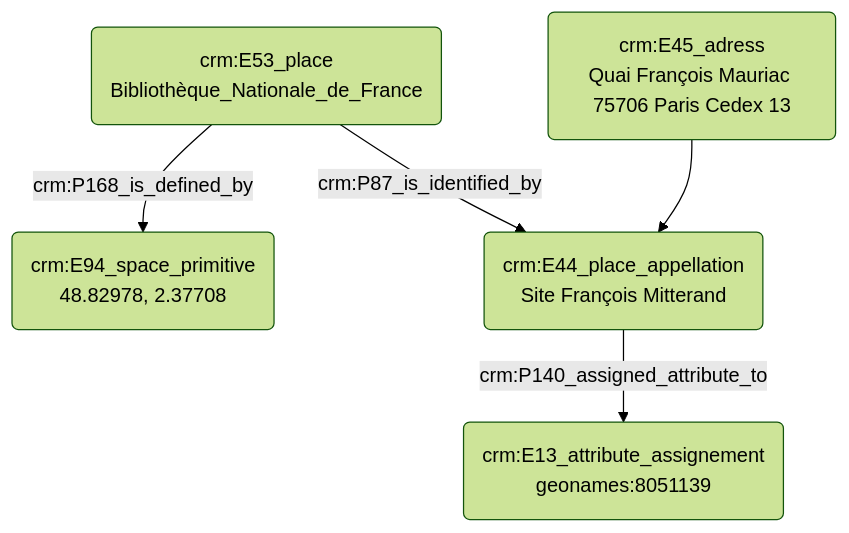
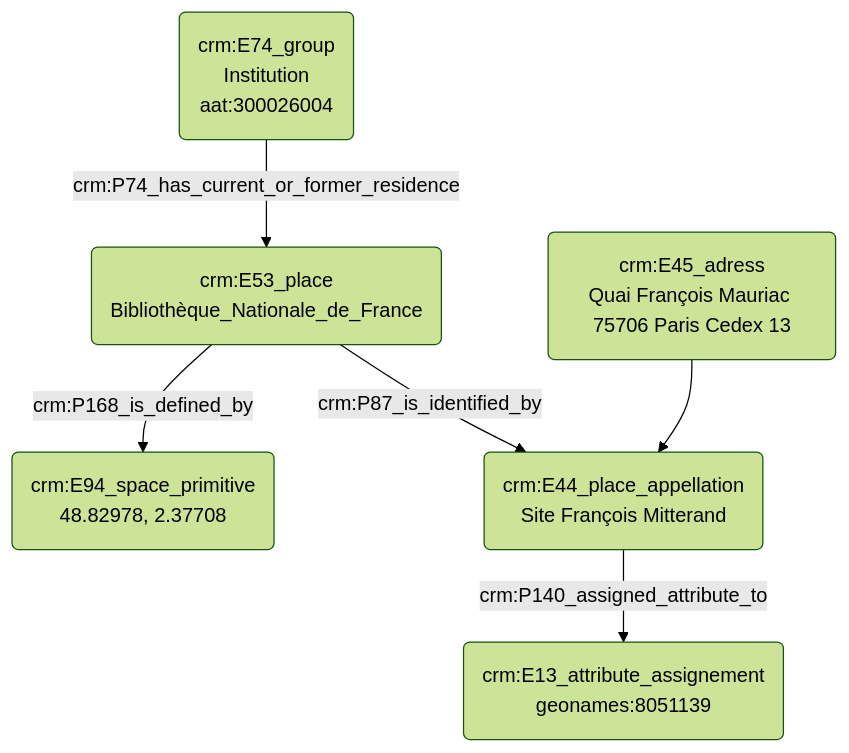
The diagram in modules/livrables/Dossier 2/Indexation conceptuelle/indexation_d_un_lieu.md (Amleth/consortium-musica2-gt2-ontologies), drawn with Mermaid (forest theme) before and after one commit.

````diff
--- a/modules/livrables/Dossier 2/Indexation conceptuelle/indexation_d_un_lieu.md
+++ b/modules/livrables/Dossier 2/Indexation conceptuelle/indexation_d_un_lieu.md
@@ -13,9 +13,11 @@
 ```mermaid
 graph TD;
 
 A(crm:E53_place<br>Bibliothèque_Nationale_de_France) --> |crm:P168_is_defined_by| B(crm:E94_space_primitive<br>48.82978, 2.37708)
 A(crm:E53_place<br>Bibliothèque_Nationale_de_France) --> |crm:P87_is_identified_by| C(crm:E44_place_appellation<br>Site François Mitterand)
+F(crm:E74_group<br>Institution<br>aat:300026004) --> |crm:P74_has_current_or_former_residence| A(crm:E53_place<br>Bibliothèque_Nationale_de_France)
+
 D(crm:E45_adress<br>Quai François Mauriac 75706 Paris Cedex 13) --> C(crm:E44_place_appellation<br>Site François Mitterand)
 C(crm:E44_place_appellation<br>Site François Mitterand) --> |crm:P140_assigned_attribute_to| E(crm:E13_attribute_assignement<br>geonames:8051139)
 
 ```
````
